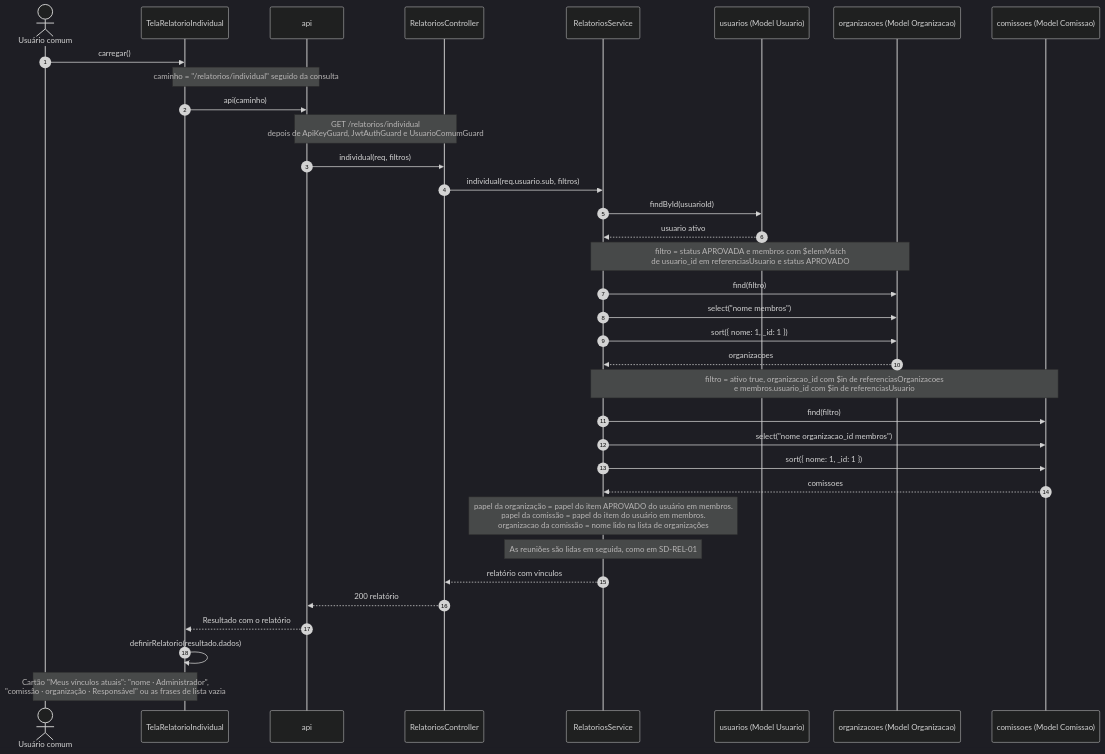
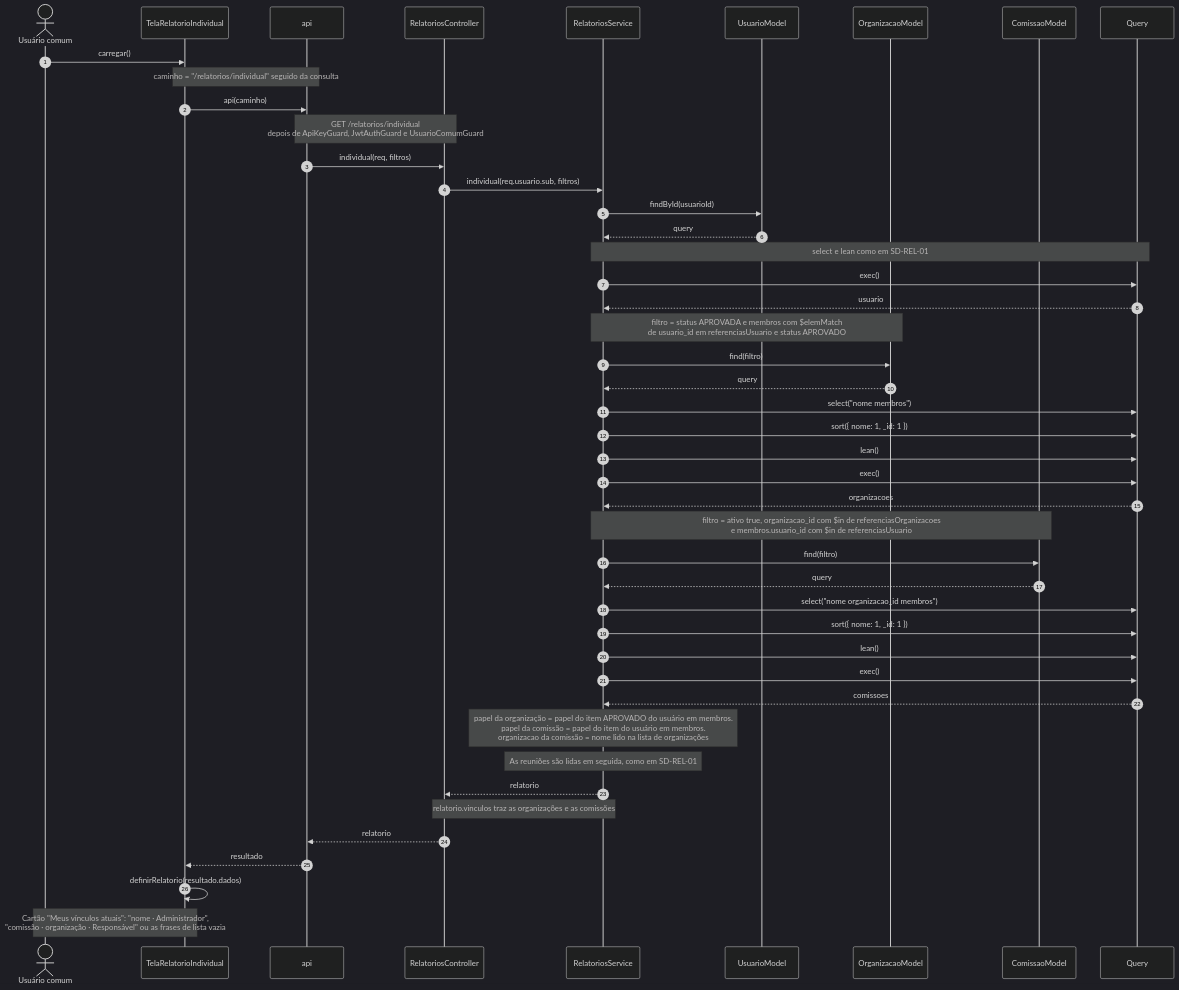
The third of 5 diagrams in 4 - Incremento 3/relatorio-individual/6 - diagramas-sequencia-relatorio-individual.md (Conecta-IFSP/DOCUMENTATION), drawn with Mermaid (dark theme) before and after one commit. The commit also changed other lines of this file and 97 other files, not shown here.

````diff
--- a/4 - Incremento 3/relatorio-individual/6 - diagramas-sequencia-relatorio-individual.md
+++ b/4 - Incremento 3/relatorio-individual/6 - diagramas-sequencia-relatorio-individual.md
@@ -116,37 +139,48 @@
 ```mermaid
 sequenceDiagram
     autonumber
     actor U as Usuário comum
     participant T as TelaRelatorioIndividual
     participant A as api
     participant C as RelatoriosController
     participant S as RelatoriosService
-    participant MU as usuarios (Model Usuario)
-    participant MO as organizacoes (Model Organizacao)
-    participant MC as comissoes (Model Comissao)
+    participant MU as UsuarioModel
+    participant MO as OrganizacaoModel
+    participant MC as ComissaoModel
+    participant Q as Query
     U->>T: carregar()
     Note over T,A: caminho = "/relatorios/individual" seguido da consulta
     T->>A: api(caminho)
     Note over A,C: GET /relatorios/individual<br/>depois de ApiKeyGuard, JwtAuthGuard e UsuarioComumGuard
     A->>C: individual(req, filtros)
     C->>S: individual(req.usuario.sub, filtros)
     S->>MU: findById(usuarioId)
-    MU-->>S: usuario ativo
+    MU-->>S: query
+    Note over S,Q: select e lean como em SD-REL-01
+    S->>Q: exec()
+    Q-->>S: usuario
     Note over S,MO: filtro = status APROVADA e membros com $elemMatch<br/>de usuario_id em referenciasUsuario e status APROVADO
     S->>MO: find(filtro)
-    S->>MO: select("nome membros")
-    S->>MO: sort({ nome: 1, _id: 1 })
-    MO-->>S: organizacoes
+    MO-->>S: query
+    S->>Q: select("nome membros")
+    S->>Q: sort({ nome: 1, _id: 1 })
+    S->>Q: lean()
+    S->>Q: exec()
+    Q-->>S: organizacoes
     Note over S,MC: filtro = ativo true, organizacao_id com $in de referenciasOrganizacoes<br/>e membros.usuario_id com $in de referenciasUsuario
     S->>MC: find(filtro)
-    S->>MC: select("nome organizacao_id membros")
-    S->>MC: sort({ nome: 1, _id: 1 })
-    MC-->>S: comissoes
+    MC-->>S: query
+    S->>Q: select("nome organizacao_id membros")
+    S->>Q: sort({ nome: 1, _id: 1 })
+    S->>Q: lean()
+    S->>Q: exec()
+    Q-->>S: comissoes
     Note over S: papel da organização = papel do item APROVADO do usuário em membros.<br/>papel da comissão = papel do item do usuário em membros.<br/>organizacao da comissão = nome lido na lista de organizações
     Note over S: As reuniões são lidas em seguida, como em SD-REL-01
-    S-->>C: relatório com vinculos
-    C-->>A: 200 relatório
-    A-->>T: Resultado com o relatório
+    S-->>C: relatorio
+    Note over S,C: relatorio.vinculos traz as organizações e as comissões
+    C-->>A: relatorio
+    A-->>T: resultado
     T->>T: definirRelatorio(resultado.dados)
     Note over U,T: Cartão "Meus vínculos atuais": "nome · Administrador",<br/>"comissão · organização · Responsável" ou as frases de lista vazia
 ```
````
